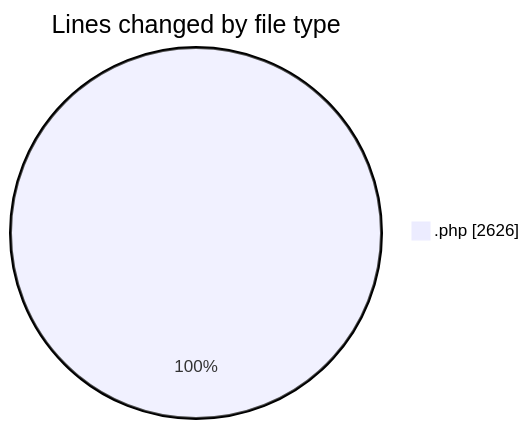
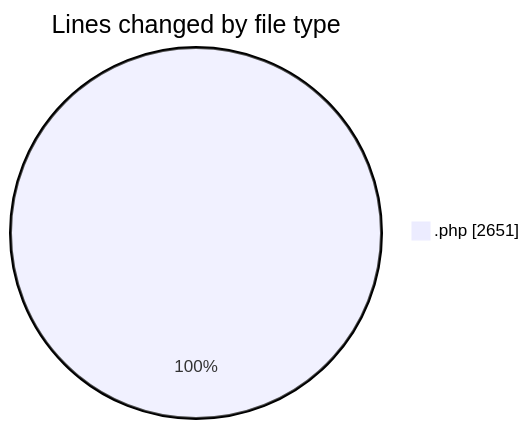
The first of 2 diagrams in 2025-10-24/untitled__workspace_/README.md (debugP/code-tracking), drawn with Mermaid before and after one commit. The commit also changed other lines of this file and 1 other file, not shown here.

````diff
--- a/2025-10-24/untitled__workspace_/README.md
+++ b/2025-10-24/untitled__workspace_/README.md
@@ -22,5 +22,5 @@
 ```mermaid
 pie showData
 title Lines changed by file type
-".php" : 2626
+".php" : 2651
 ```
````
